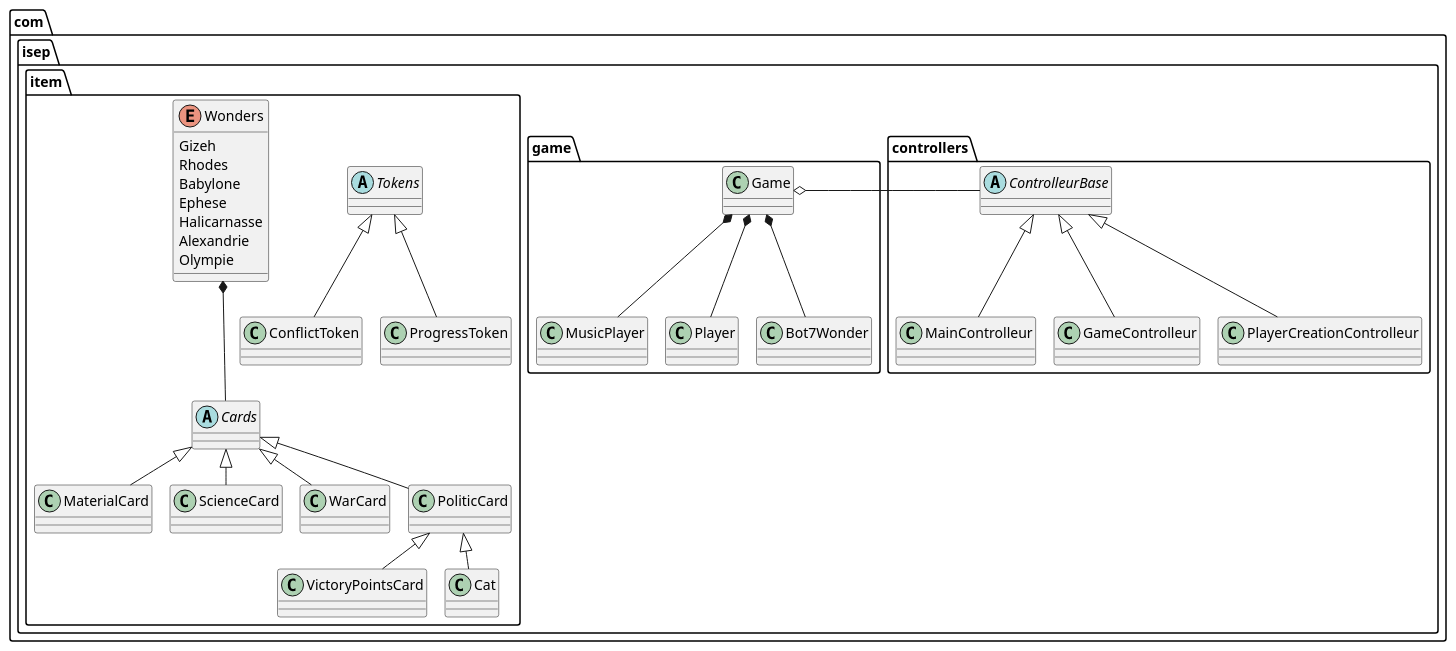
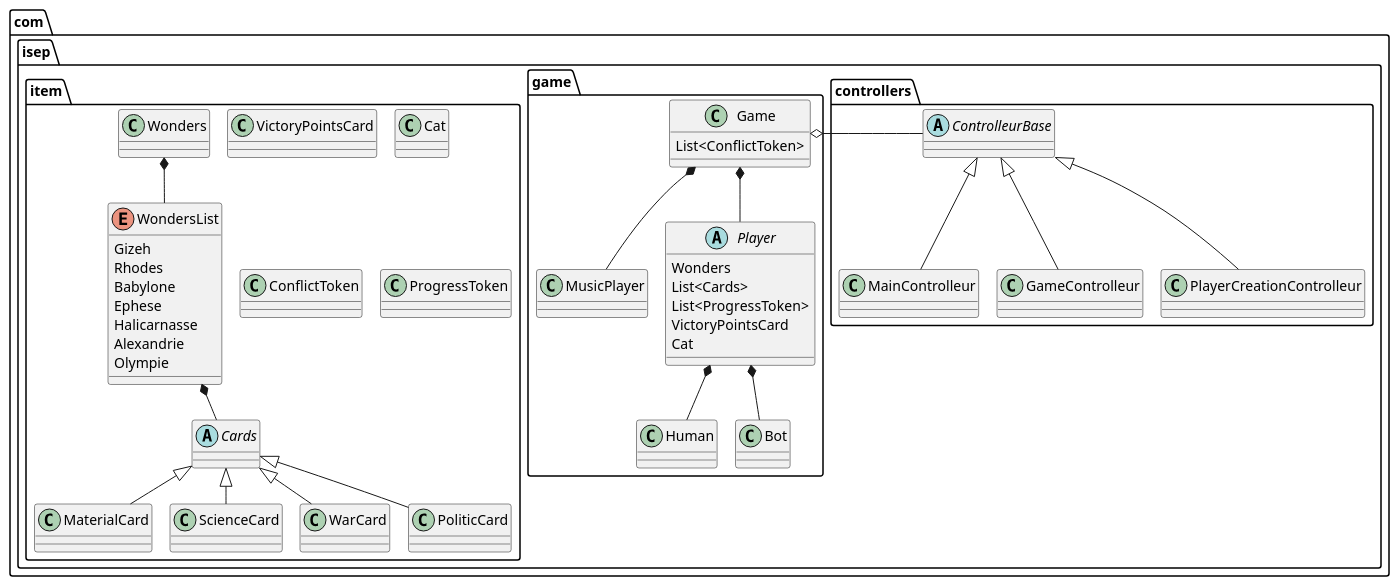
Before and after one commit to Sofiane-Sif/7WondersArchitect: the diagram in UML7Wonders.puml, drawn with PlantUML. The commit also changed 4 other files, not shown here.

```diff
--- a/UML7Wonders.puml
+++ b/UML7Wonders.puml
@@ -1,77 +1,94 @@
 @startuml
 'https://plantuml.com/sequence-diagram
 
 !pragma layout smetana
 
 package com.isep.controllers{
     abstract class ControlleurBase{
 
     }
 
     class MainControlleur{
 
     }
 
     class GameControlleur{
         }
 
      class PlayerCreationControlleur{
          }
 
 
 
 
     ControlleurBase <|-- MainControlleur
     ControlleurBase <|-- GameControlleur
     ControlleurBase <|-- PlayerCreationControlleur
 }
 package com.isep.game{
 
 package com.isep.item{
 
-    abstract class Cards{}
+    class VictoryPointsCard
+    class Cat
+    class ConflictToken
+    class ProgressToken
 
-        class MaterialCard extends Cards
-        class ScienceCard extends Cards
-        class WarCard extends Cards
-        class PoliticCard extends Cards
-        class VictoryPointsCard extends PoliticCard
-        class Cat extends PoliticCard
 
-    abstract class Tokens{}
-    class ConflictToken extends Tokens
-    class ProgressToken extends Tokens
-    enum Wonders{
+
+    abstract Cards{}
+
+    class MaterialCard extends Cards
+    class ScienceCard extends Cards
+    class WarCard extends Cards
+    class PoliticCard extends Cards
+
+   Wonders *-- WondersList
+   WondersList *-- Cards
+
+
+
+    enum WondersList {
     Gizeh
     Rhodes
     Babylone
     Ephese
     Halicarnasse
     Alexandrie
     Olympie
     }
 
-    Wonders *--- Cards
+
+
 
 }
     class Game{
+    List<ConflictToken>
     }
 
     class MusicPlayer{
     }
 
-    class Player{
+    abstract Player{
+    Wonders
+    List<Cards>
+    List<ProgressToken>
+    VictoryPointsCard
+    Cat
     }
 
-    class Bot7Wonder
+    abstract Player
+        class Human
+        class Bot
 
     Game *-- Player
     Game *-- MusicPlayer
-    Game *-- Bot7Wonder
 
+    Player *-- Bot
+    Player *-- Human
   Game o- ControlleurBase
 
 }
 
 
 @enduml
```
